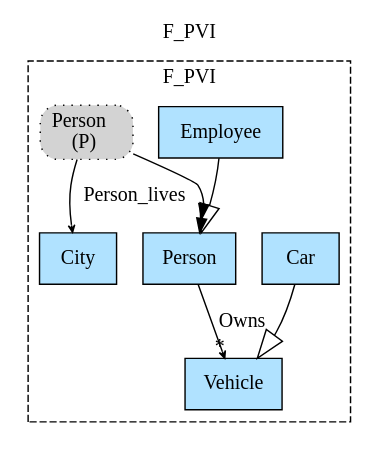
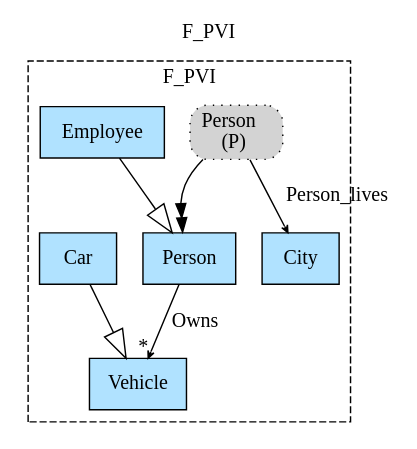
The diagram in Haskell/FragmentaTests/FrTests/img/F_PVI.gv (namalio/Fragmenta), drawn with Graphviz before and after one commit. The commit also changed other lines of this file and 95 other files, not shown here.

```diff
--- a/Haskell/FragmentaTests/FrTests/img/F_PVI.gv
+++ b/Haskell/FragmentaTests/FrTests/img/F_PVI.gv
@@ -1,17 +1,17 @@
 digraph {graph[label=F_PVI,labelloc=tl,labelfontsize=12];
 subgraph cluster_F_PVI{style=dashed;label=F_PVI;
+"Person"[shape=record,fillcolor=lightskyblue1,style = filled,label="Person"];
+"PPerson"[shape=box,fillcolor=lightgray,style ="rounded,filled,dotted",label=<Person<br/>(P)>];
 "Employee"[shape=record,fillcolor=lightskyblue1,style = filled,label="Employee"];
 "Car"[shape=record,fillcolor=lightskyblue1,style = filled,label="Car"];
-"Person"[shape=record,fillcolor=lightskyblue1,style = filled,label="Person"];
+"City"[shape=record,fillcolor=lightskyblue1,style = filled,label="City"];
 "Vehicle"[shape=record,fillcolor=lightskyblue1,style = filled,label="Vehicle"];
-"PPerson"[shape=box,fillcolor=lightgray,style ="rounded,filled,dotted",label=<Person<br/>(P)>];
-"City"[shape=record,fillcolor=lightskyblue1,style = filled,label="City"];
 
 "Employee"->"Person"[arrowhead=onormal,arrowsize=2.0];
 "Car"->"Vehicle"[arrowhead=onormal,arrowsize=2.0];
 "Person"->"Vehicle"[label="Owns",arrowhead=vee,headlabel="*",arrowsize=.5];
 "PPerson"->"City"[label="Person_lives",arrowhead=vee,headlabel="",arrowsize=.5];
 
 }
 "PPerson"->"Person"[arrowhead=normalnormal];
 }
```
